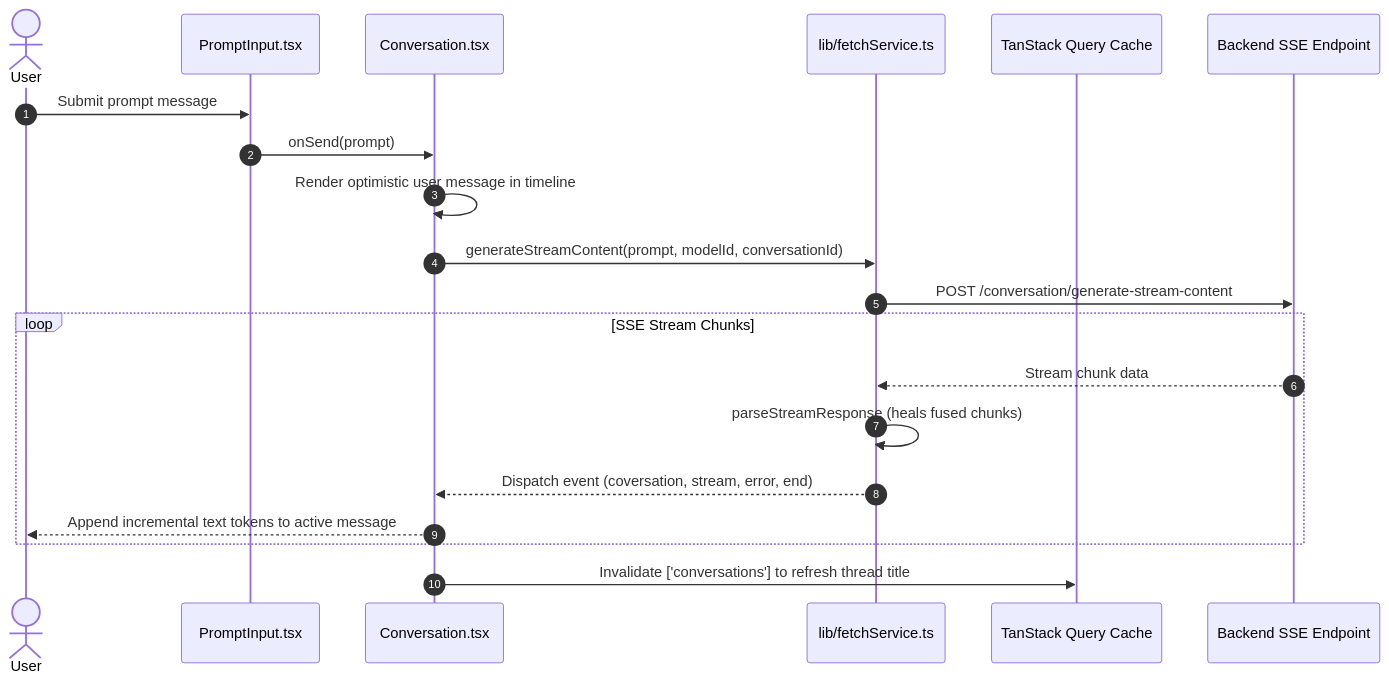
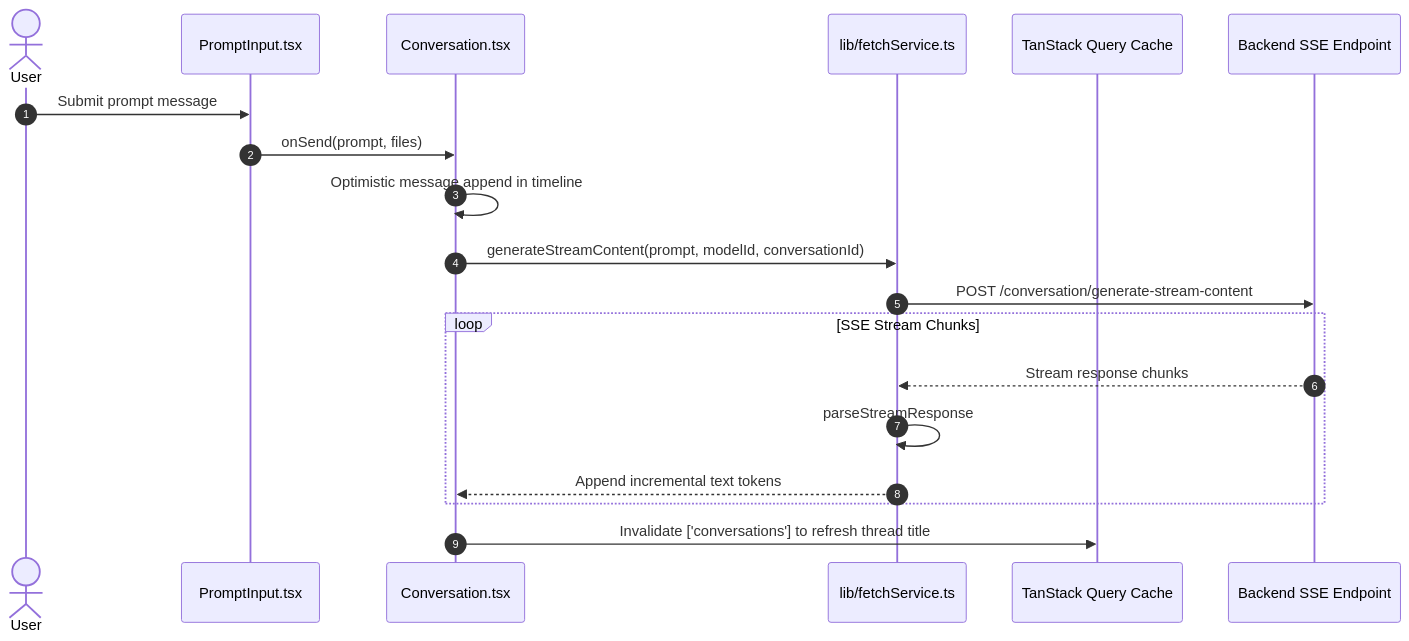
Before and after one commit to mkk-karthi/ai-agent-frontend: the diagram in .agents/skills/ai-agent-frontend/SKILL.md, drawn with Mermaid. The commit also changed other lines of this file and 72 other files, not shown here.

````diff
--- a/.agents/skills/ai-agent-frontend/SKILL.md
+++ b/.agents/skills/ai-agent-frontend/SKILL.md
@@ -91,23 +63,22 @@
 ```mermaid
 sequenceDiagram
     autonumber
     actor User as User
     participant Prompt as PromptInput.tsx
     participant Conversation as Conversation.tsx
     participant FS as lib/fetchService.ts
     participant Cache as TanStack Query Cache
     participant API as Backend SSE Endpoint
 
     User->>Prompt: Submit prompt message
-    Prompt->>Conversation: onSend(prompt)
-    Conversation->>Conversation: Render optimistic user message in timeline
+    Prompt->>Conversation: onSend(prompt, files)
+    Conversation->>Conversation: Optimistic message append in timeline
     Conversation->>FS: generateStreamContent(prompt, modelId, conversationId)
     FS->>API: POST /conversation/generate-stream-content
     loop SSE Stream Chunks
-        API-->>FS: Stream chunk data
-        FS->>FS: parseStreamResponse (heals fused chunks)
-        FS-->>Conversation: Dispatch event (coversation, stream, error, end)
-        Conversation-->>User: Append incremental text tokens to active message
+        API-->>FS: Stream response chunks
+        FS->>FS: parseStreamResponse
+        FS-->>Conversation: Append incremental text tokens
     end
     Conversation->>Cache: Invalidate ['conversations'] to refresh thread title
 ```
````
